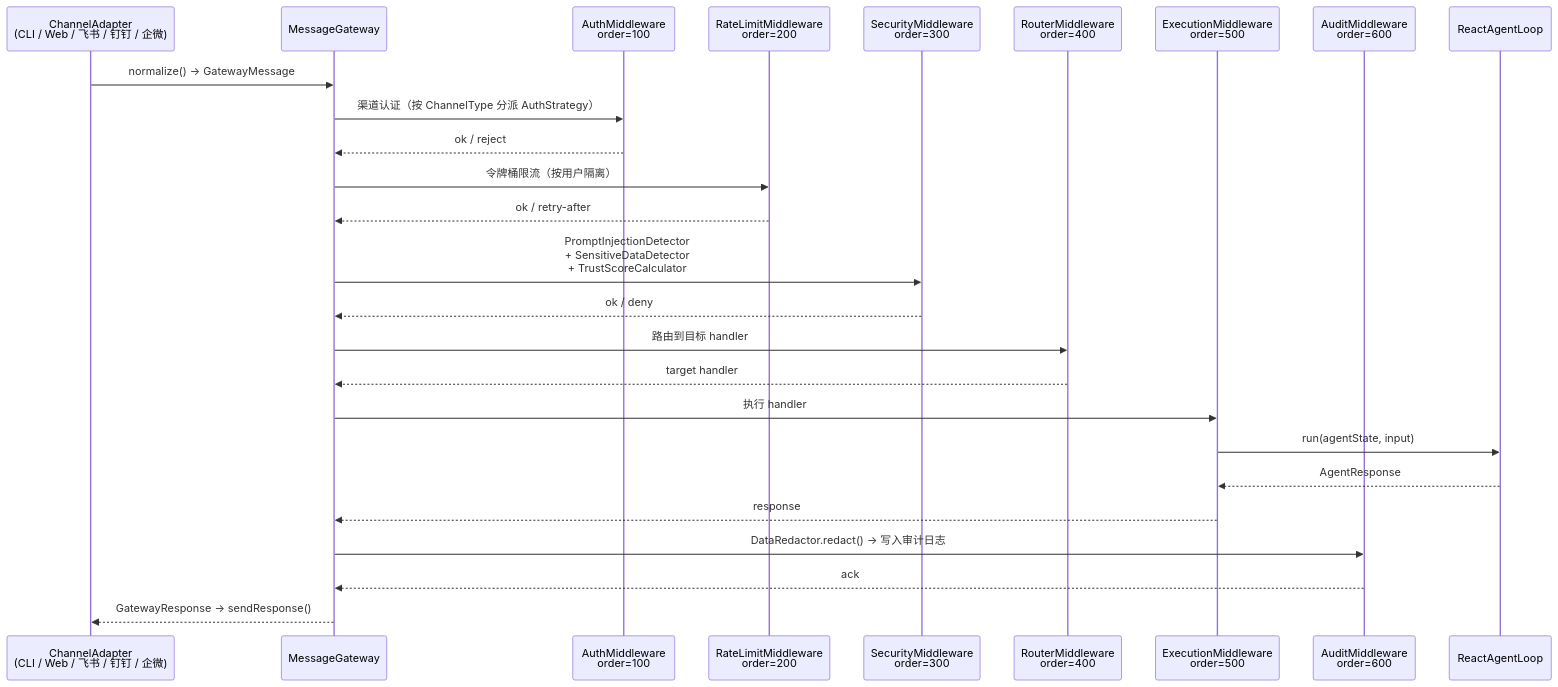
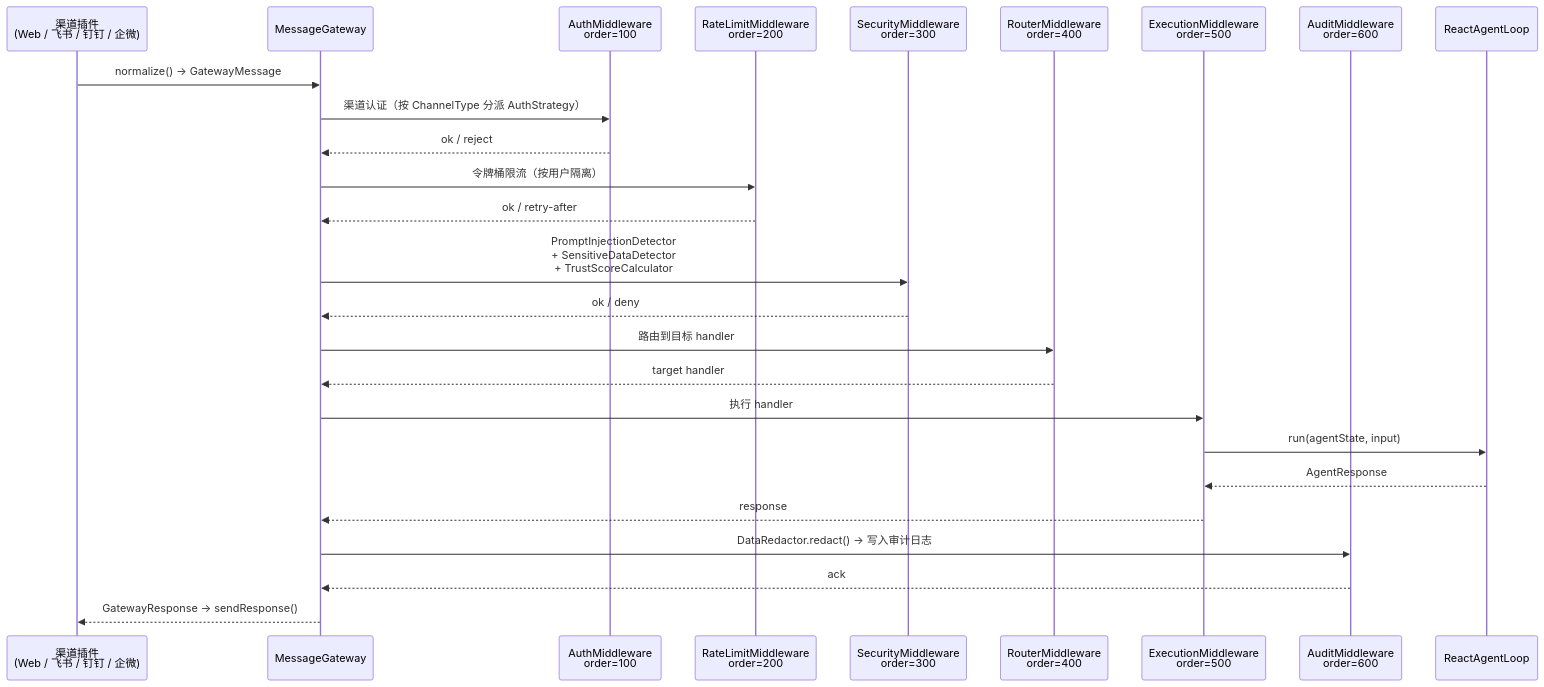
One commit to ntygod/LifePilot changed diagram 20 of 35 in ARCHITECTURE-DIAGRAMS.md. Above: the diagram before and after it, drawn with Mermaid. The commit also changed other lines of this file and 46 other files, not shown here.

````diff
--- a/ARCHITECTURE-DIAGRAMS.md
+++ b/ARCHITECTURE-DIAGRAMS.md
@@ -913,34 +912,34 @@
 ```mermaid
 sequenceDiagram
-    participant CH as ChannelAdapter<br/>(CLI / Web / 飞书 / 钉钉 / 企微)
+    participant CH as 渠道插件<br/>(Web / 飞书 / 钉钉 / 企微)
     participant GW as MessageGateway
     participant AUTH as AuthMiddleware<br/>order=100
     participant RL as RateLimitMiddleware<br/>order=200
     participant SEC as SecurityMiddleware<br/>order=300
     participant ROUTER as RouterMiddleware<br/>order=400
     participant EXEC as ExecutionMiddleware<br/>order=500
     participant AUDIT as AuditMiddleware<br/>order=600
     participant Agent as ReactAgentLoop
 
     CH->>GW: normalize() → GatewayMessage
     GW->>AUTH: 渠道认证（按 ChannelType 分派 AuthStrategy）
     AUTH-->>GW: ok / reject
 
     GW->>RL: 令牌桶限流（按用户隔离）
     RL-->>GW: ok / retry-after
 
     GW->>SEC: PromptInjectionDetector<br/>+ SensitiveDataDetector<br/>+ TrustScoreCalculator
     SEC-->>GW: ok / deny
 
     GW->>ROUTER: 路由到目标 handler
     ROUTER-->>GW: target handler
 
     GW->>EXEC: 执行 handler
     EXEC->>Agent: run(agentState, input)
     Agent-->>EXEC: AgentResponse
     EXEC-->>GW: response
 
     GW->>AUDIT: DataRedactor.redact() → 写入审计日志
     AUDIT-->>GW: ack
     GW-->>CH: GatewayResponse → sendResponse()
 ```
````
